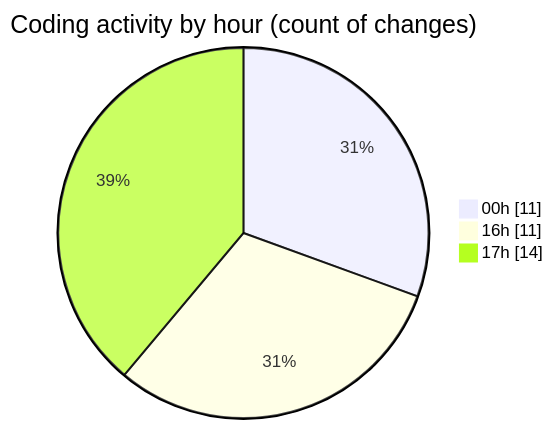
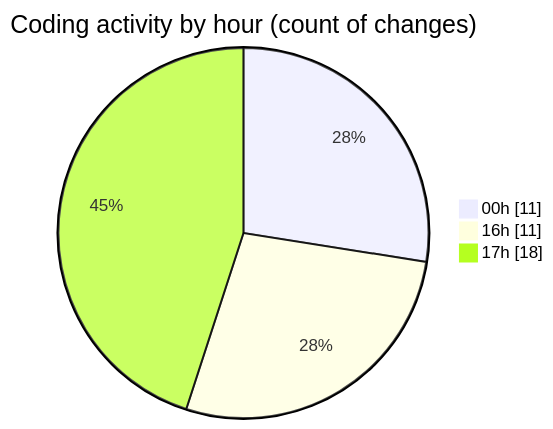
One commit to julien-gomy/code-tracking changed the second of 2 diagrams in 2025-11-26/eventscop-api-guide__workspace_/README.md. Above: the diagram before and after it, drawn with Mermaid. The commit also changed other lines of this file and 1 other file, not shown here.

````diff
--- a/2025-11-26/eventscop-api-guide__workspace_/README.md
+++ b/2025-11-26/eventscop-api-guide__workspace_/README.md
@@ -38,7 +38,7 @@
 ```mermaid
 pie showData
 title Coding activity by hour (count of changes)
 "00h" : 11
 "16h" : 11
-"17h" : 14
+"17h" : 18
 ```
````
